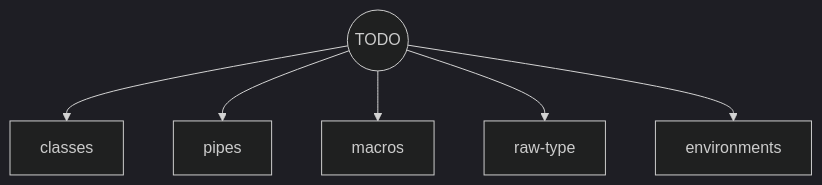
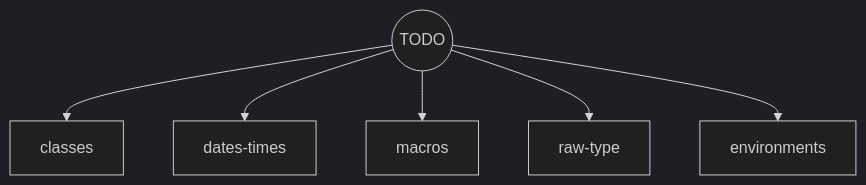
Before and after one commit to colinleach/learning-track-doodles: the second of 2 diagrams in r/flowchart.md, drawn with Mermaid (dark theme). The commit also changed other lines of this file and 3 other files, not shown here.

````diff
--- a/r/flowchart.md
+++ b/r/flowchart.md
@@ -92,9 +93,9 @@
 ```mermaid
 graph TD
     
 todo(("TODO")) --> classes
-todo --> pipes
+todo --> dates-times
 todo --> macros
 todo --> raw-type
 todo --> environments
 ```
````
